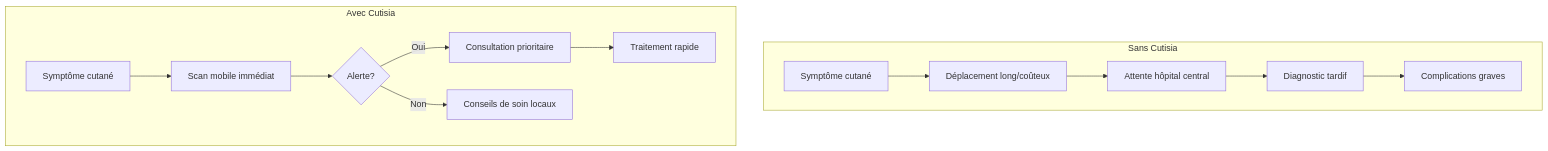
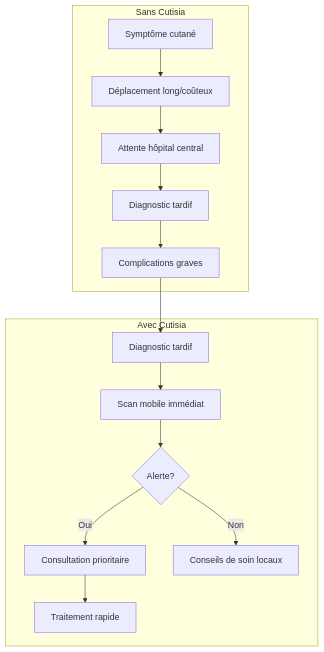
Before and after one commit to franck504/skin-disease-detector: the diagram in redaction.md, drawn with Mermaid. The commit also changed other lines of this file, not shown here.

````diff
--- a/redaction.md
+++ b/redaction.md
@@ -40,17 +40,19 @@
 ```mermaid
 graph TD
     subgraph "Sans Cutisia"
     A[Symptôme cutané] --> B[Déplacement long/coûteux]
     B --> C[Attente hôpital central]
     C --> D[Diagnostic tardif]
     D --> E[Complications graves]
     end
 
     subgraph "Avec Cutisia"
     F[Symptôme cutané] --> G[Scan mobile immédiat]
     G --> H{Alerte?}
     H -- Oui --> I[Consultation prioritaire]
     H -- Non --> J[Conseils de soin locaux]
     I --> K[Traitement rapide]
     end
-```
+
+    E --> F[Diagnostic tardif]
+ ```
````
